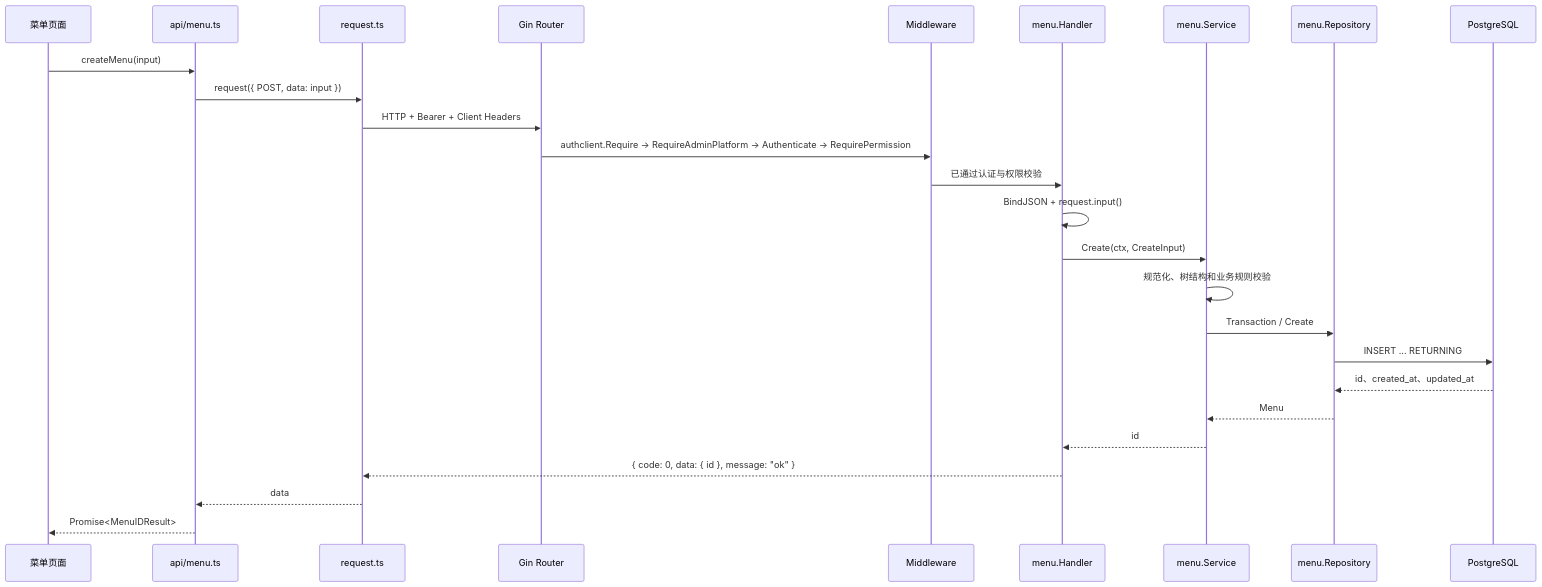
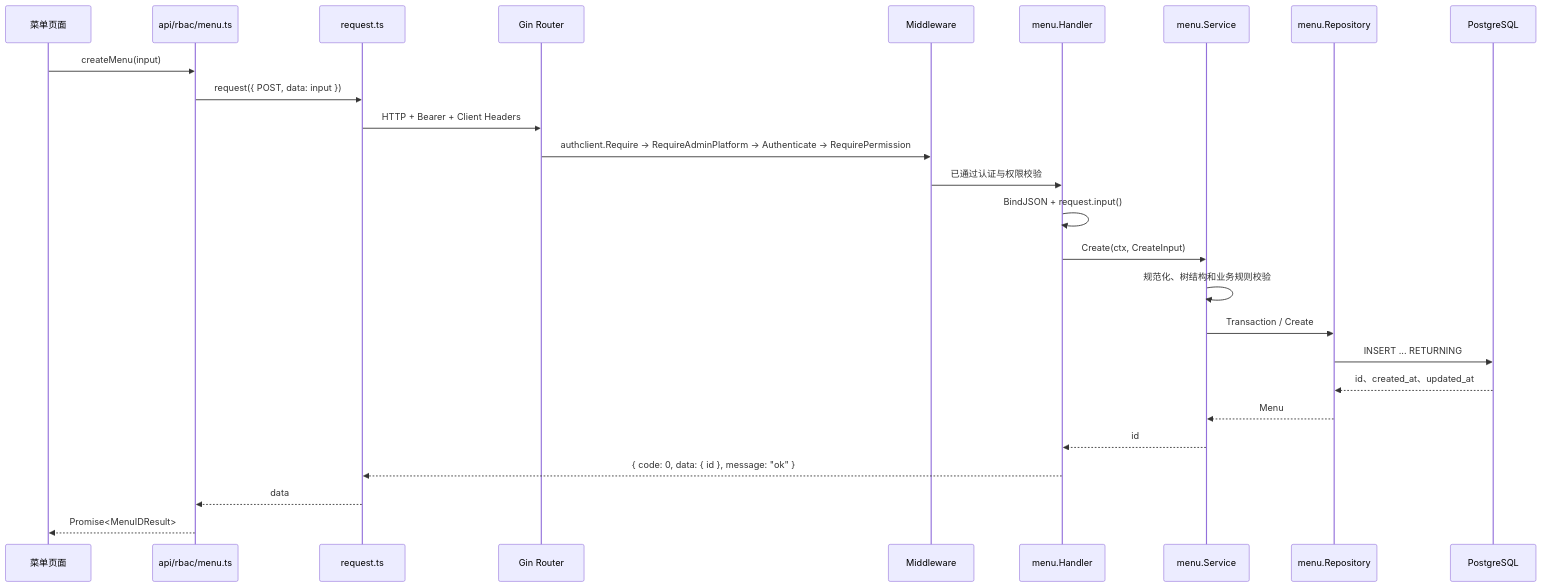
The second of 4 diagrams in docs/learning/admin-architecture-and-crud.md (zgm2003/admin), drawn with Mermaid before and after one commit. The commit also changed other lines of this file and 2 other files, not shown here.

````diff
--- a/docs/learning/admin-architecture-and-crud.md
+++ b/docs/learning/admin-architecture-and-crud.md
@@ -85,29 +85,29 @@
 ```mermaid
 sequenceDiagram
     participant V as 菜单页面
-    participant A as api/menu.ts
+    participant A as api/rbac/menu.ts
     participant X as request.ts
     participant R as Gin Router
     participant M as Middleware
     participant H as menu.Handler
     participant S as menu.Service
     participant P as menu.Repository
     participant DB as PostgreSQL
 
     V->>A: createMenu(input)
     A->>X: request({ POST, data: input })
     X->>R: HTTP + Bearer + Client Headers
     R->>M: authclient.Require -> RequireAdminPlatform -> Authenticate -> RequirePermission
     M->>H: 已通过认证与权限校验
     H->>H: BindJSON + request.input()
     H->>S: Create(ctx, CreateInput)
     S->>S: 规范化、树结构和业务规则校验
     S->>P: Transaction / Create
     P->>DB: INSERT ... RETURNING
     DB-->>P: id、created_at、updated_at
     P-->>S: Menu
     S-->>H: id
     H-->>X: { code: 0, data: { id }, message: "ok" }
     X-->>A: data
     A-->>V: Promise<MenuIDResult>
 ```
````
